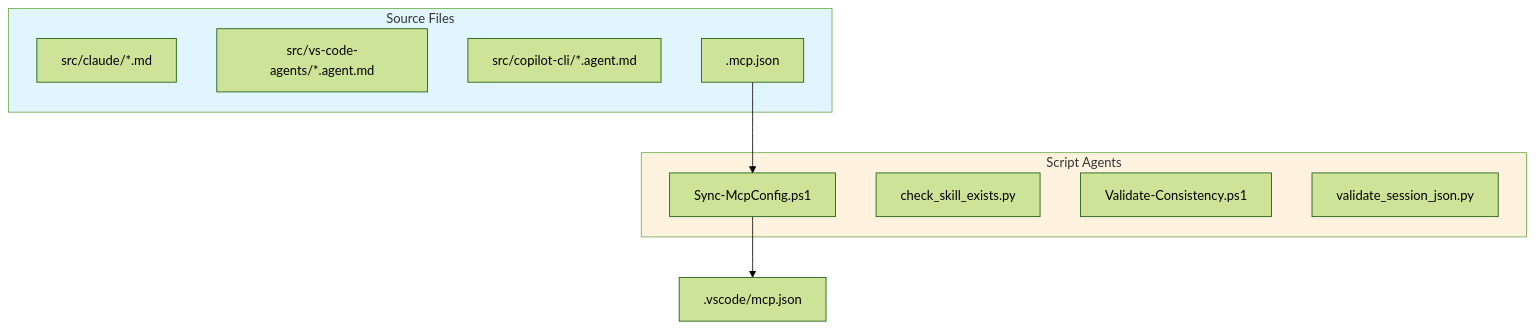
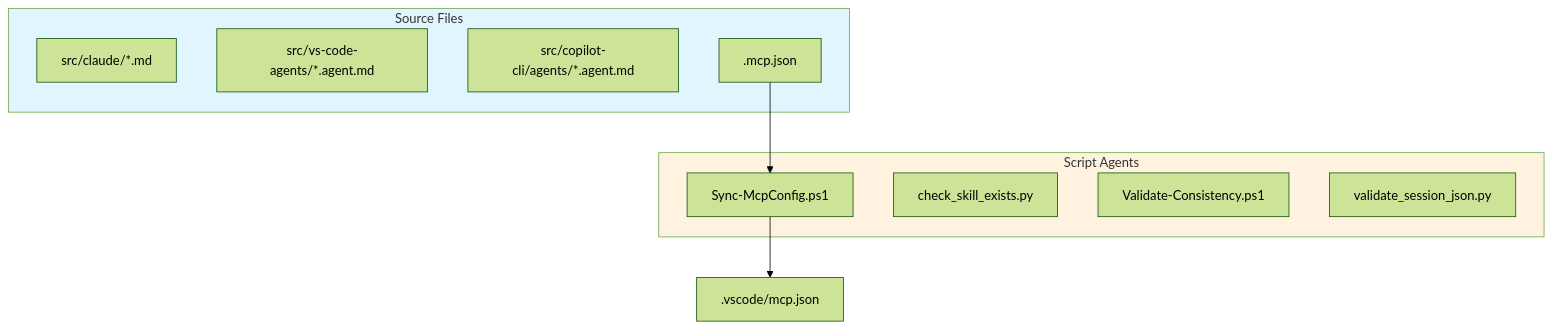
One commit to rjmurillo/ai-agents changed the diagram in scripts/AGENTS.md. Above: the diagram before and after it, drawn with Mermaid (forest theme). The commit also changed 12 other files, not shown here.

````diff
--- a/scripts/AGENTS.md
+++ b/scripts/AGENTS.md
@@ -142,22 +142,22 @@
 ```mermaid
 flowchart TD
     subgraph Sources["Source Files"]
         SC[src/claude/*.md]
         SV[src/vs-code-agents/*.agent.md]
-        SCP[src/copilot-cli/*.agent.md]
+        SCP[src/copilot-cli/agents/*.agent.md]
         MCP[.mcp.json]
     end
 
     subgraph Scripts["Script Agents"]
         SYN[Sync-McpConfig.ps1]
         CHK[check_skill_exists.py]
         VCS[Validate-Consistency.ps1]
         VSP[validate_session_json.py]
     end
 
     MCP --> SYN
     SYN --> VSC[.vscode/mcp.json]
 
     style Sources fill:#e1f5fe
     style Scripts fill:#fff3e0
 ```
````
